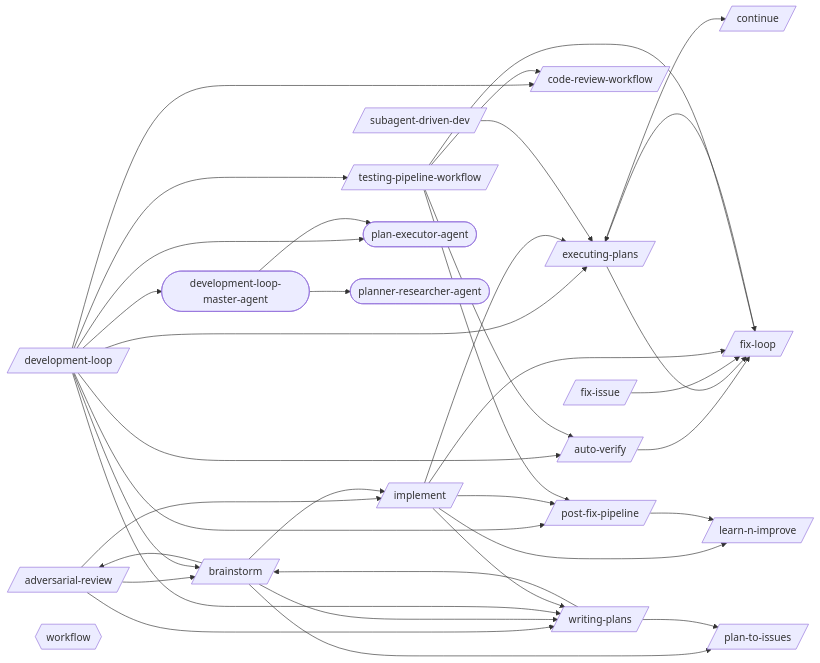
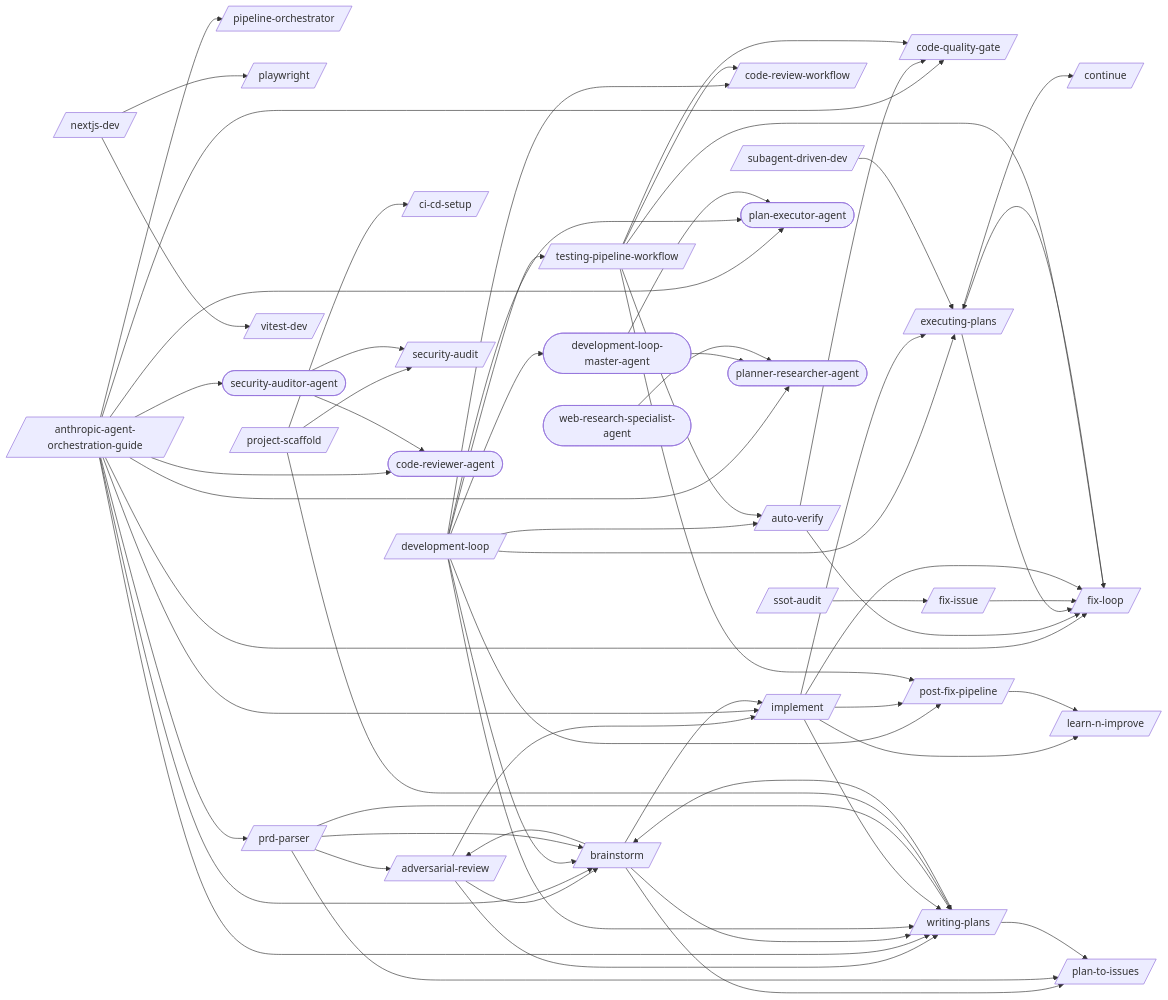
One commit to abhayla/claude-best-practices changed the diagram in docs/workflows/development-loop.md. Above: the diagram before and after it, drawn with Mermaid. The commit also changed other lines of this file and 23 other files, not shown here.

````diff
--- a/docs/workflows/development-loop.md
+++ b/docs/workflows/development-loop.md
@@ -9,8 +11,11 @@
 ```mermaid
 graph LR
     adversarial_review[/adversarial-review/]
+    anthropic_agent_orchestration_guide[/anthropic-agent-orchestration-guide/]
     auto_verify[/auto-verify/]
     brainstorm[/brainstorm/]
+    ci_cd_setup[/ci-cd-setup/]
+    code_quality_gate[/code-quality-gate/]
     code_review_workflow[/code-review-workflow/]
     continue[/continue/]
     development_loop[/development-loop/]
@@ -19,18 +24,40 @@
     fix_loop[/fix-loop/]
     implement[/implement/]
     learn_n_improve[/learn-n-improve/]
+    nextjs_dev[/nextjs-dev/]
+    pipeline_orchestrator[/pipeline-orchestrator/]
     plan_to_issues[/plan-to-issues/]
+    playwright[/playwright/]
     post_fix_pipeline[/post-fix-pipeline/]
+    prd_parser[/prd-parser/]
+    project_scaffold[/project-scaffold/]
+    security_audit[/security-audit/]
+    ssot_audit[/ssot-audit/]
     subagent_driven_dev[/subagent-driven-dev/]
     testing_pipeline_workflow[/testing-pipeline-workflow/]
+    vitest_dev[/vitest-dev/]
     writing_plans[/writing-plans/]
+    code_reviewer_agent([code-reviewer-agent])
     development_loop_master_agent([development-loop-master-agent])
     plan_executor_agent([plan-executor-agent])
     planner_researcher_agent([planner-researcher-agent])
-    workflow{{workflow}}
+    security_auditor_agent([security-auditor-agent])
+    web_research_specialist_agent([web-research-specialist-agent])
     adversarial_review --> brainstorm
     adversarial_review --> implement
     adversarial_review --> writing_plans
+    anthropic_agent_orchestration_guide --> brainstorm
+    anthropic_agent_orchestration_guide --> code_quality_gate
+    anthropic_agent_orchestration_guide --> fix_loop
+    anthropic_agent_orchestration_guide --> implement
+    anthropic_agent_orchestration_guide --> pipeline_orchestrator
+    anthropic_agent_orchestration_guide --> prd_parser
+    anthropic_agent_orchestration_guide --> writing_plans
+    anthropic_agent_orchestration_guide --> code_reviewer_agent
+    anthropic_agent_orchestration_guide --> plan_executor_agent
+    anthropic_agent_orchestration_guide --> planner_researcher_agent
+    anthropic_agent_orchestration_guide --> security_auditor_agent
+    auto_verify --> code_quality_gate
     auto_verify --> fix_loop
     brainstorm --> adversarial_review
     brainstorm --> implement
@@ -54,9 +81,20 @@
     implement --> learn_n_improve
     implement --> post_fix_pipeline
     implement --> writing_plans
+    nextjs_dev --> playwright
+    nextjs_dev --> vitest_dev
     post_fix_pipeline --> learn_n_improve
+    prd_parser --> adversarial_review
+    prd_parser --> brainstorm
+    prd_parser --> plan_to_issues
+    prd_parser --> writing_plans
+    project_scaffold --> ci_cd_setup
+    project_scaffold --> security_audit
+    project_scaffold --> writing_plans
+    ssot_audit --> fix_issue
     subagent_driven_dev --> executing_plans
     testing_pipeline_workflow --> auto_verify
+    testing_pipeline_workflow --> code_quality_gate
     testing_pipeline_workflow --> code_review_workflow
     testing_pipeline_workflow --> fix_loop
     testing_pipeline_workflow --> post_fix_pipeline
@@ -64,4 +102,7 @@
     writing_plans --> plan_to_issues
     development_loop_master_agent --> plan_executor_agent
     development_loop_master_agent --> planner_researcher_agent
+    security_auditor_agent --> security_audit
+    security_auditor_agent --> code_reviewer_agent
+    web_research_specialist_agent --> planner_researcher_agent
 ```
````
